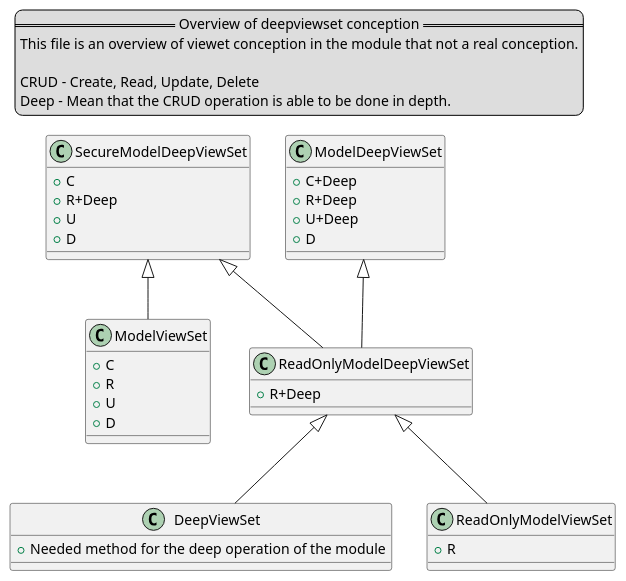
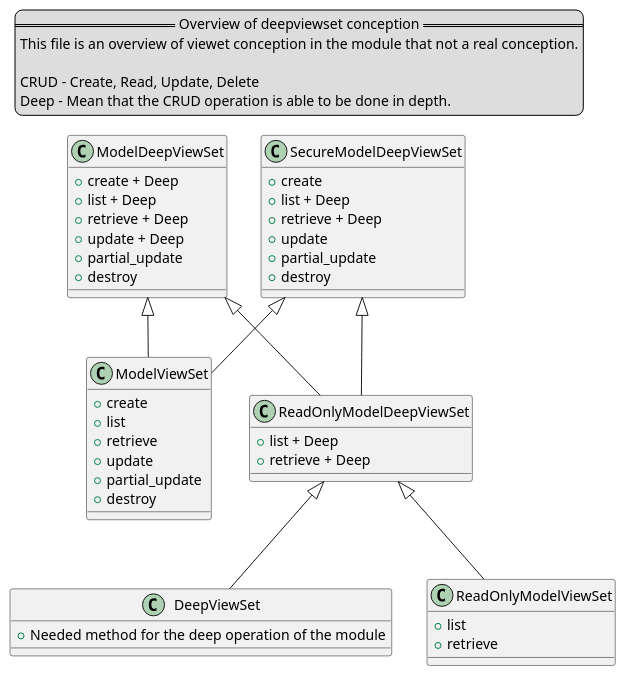
One commit to enzofrnt/djangorestframework-deepserializers changed the diagram in DeepClass.plantuml. Above: the diagram before and after it, drawn with PlantUML. The commit also changed 7 other files, not shown here.

```diff
--- a/DeepClass.plantuml
+++ b/DeepClass.plantuml
@@ -1,47 +1,61 @@
 @startuml deep_viewset_conception
 
 legend top left
 == Overview of deepviewset conception ==
 This file is an overview of viewet conception in the module that not a real conception.
 
 CRUD - Create, Read, Update, Delete
 Deep - Mean that the CRUD operation is able to be done in depth.
 endlegend
 
 class ModelViewSet {
-    + C
-    + R
-    + U
-    + D
+    + create
+    + list
+    + retrieve
+    + update
+    + partial_update
+    + destroy
 }
+
 class DeepViewSet {
     + Needed method for the deep operation of the module
 }
+
 class ReadOnlyModelViewSet {
-    + R
+    + list
+    + retrieve
 }
+
 class ReadOnlyModelDeepViewSet {
-    + R+Deep
+    + list + Deep
+    + retrieve + Deep
 }
+
 class ModelDeepViewSet {
-    + C+Deep
-    + R+Deep
-    + U+Deep
-    + D
+    + create + Deep
+    + list + Deep
+    + retrieve + Deep
+    + update + Deep
+    + partial_update
+    + destroy
 }
+
 class SecureModelDeepViewSet {
-    + C
-    + R+Deep
-    + U
-    + D
+    + create
+    + list + Deep
+    + retrieve + Deep
+    + update
+    + partial_update
+    + destroy
 }
 
 SecureModelDeepViewSet <|-- ModelViewSet
 SecureModelDeepViewSet <|-- ReadOnlyModelDeepViewSet
 
 ModelDeepViewSet <|-- ReadOnlyModelDeepViewSet
+ModelDeepViewSet <|-- ModelViewSet
 
 ReadOnlyModelDeepViewSet <|-- ReadOnlyModelViewSet
 ReadOnlyModelDeepViewSet <|-- DeepViewSet
 
 @enduml
```
